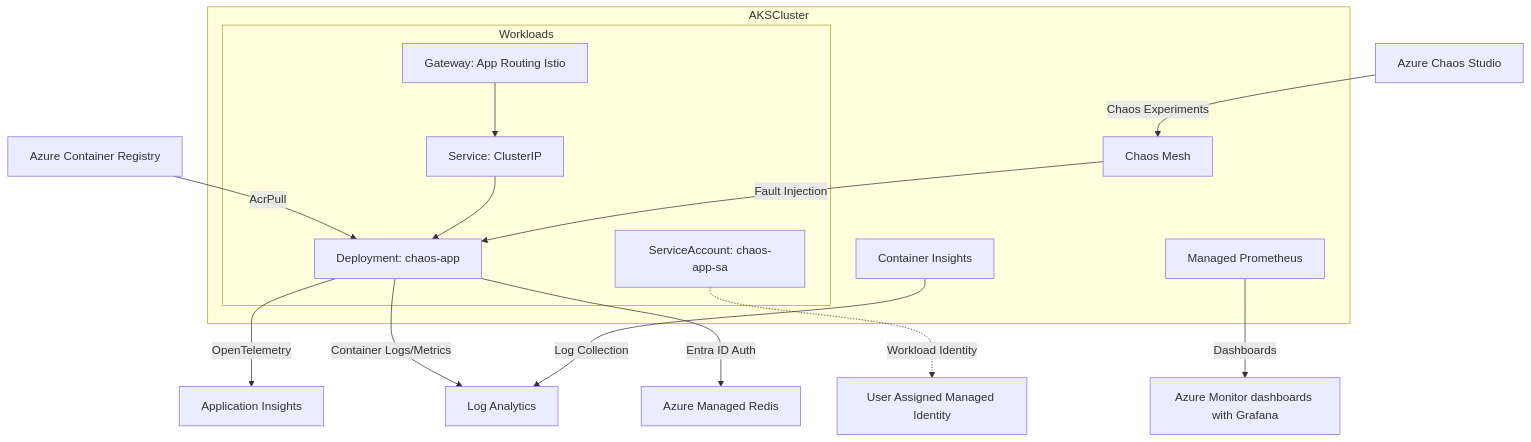
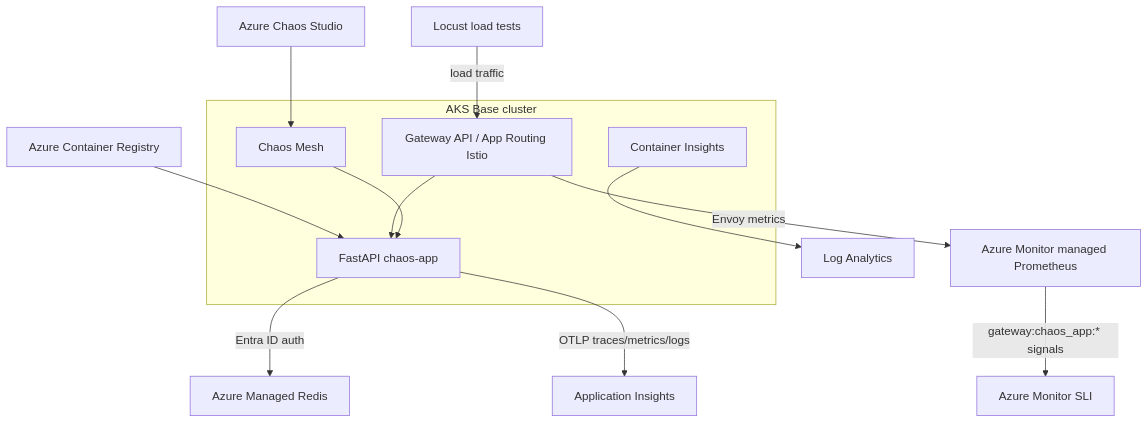
Before and after one commit to torumakabe/aks-chaos-lab: the diagram in README.md, drawn with Mermaid. The commit also changed other lines of this file and 7 other files, not shown here.

````diff
--- a/README.md
+++ b/README.md
@@ -232,34 +16,29 @@
 ```mermaid
 graph TD
   ACR[Azure Container Registry]
   Redis[Azure Managed Redis]
+  AppInsights[Application Insights]
+  Prom[Azure Monitor managed Prometheus]
+  SLI[Azure Monitor SLI]
   LA[Log Analytics]
-  AppInsights[Application Insights]
-  Grafana[Azure Monitor dashboards with Grafana]
   CS[Azure Chaos Studio]
-  UAMI[User Assigned Managed Identity]
+  Locust[Locust load tests]
 
-  subgraph AKSCluster
-    subgraph AKS_Workloads [Workloads]
-      Deploy[Deployment: chaos-app]
-      Svc[Service: ClusterIP]
-      GW[Gateway: App Routing Istio]
-      SA[ServiceAccount: chaos-app-sa]
-    end
+  subgraph AKS[AKS Base cluster]
+    GW[Gateway API / App Routing Istio]
+    App[FastAPI chaos-app]
+    CM[Chaos Mesh]
     CI[Container Insights]
-    Prom[Managed Prometheus]
-    CM[Chaos Mesh]
   end
 
-  ACR -->|AcrPull| Deploy
-  Svc --> Deploy
-  GW --> Svc
-  Deploy -->|OpenTelemetry| AppInsights
-  Deploy -->|Container Logs/Metrics| LA
-  Deploy -->|Entra ID Auth| Redis
-  SA -.->|Workload Identity| UAMI
-  CS -->|Chaos Experiments| CM
-  CM -->|Fault Injection| Deploy
-  CI -->|Log Collection| LA
-  Prom -->|Dashboards| Grafana
+  ACR --> App
+  Locust -->|load traffic| GW
+  GW --> App
+  App -->|Entra ID auth| Redis
+  App -->|OTLP traces/metrics/logs| AppInsights
+  GW -->|Envoy metrics| Prom
+  Prom -->|gateway:chaos_app:* signals| SLI
+  CI --> LA
+  CS --> CM
+  CM --> App
 ```
````
